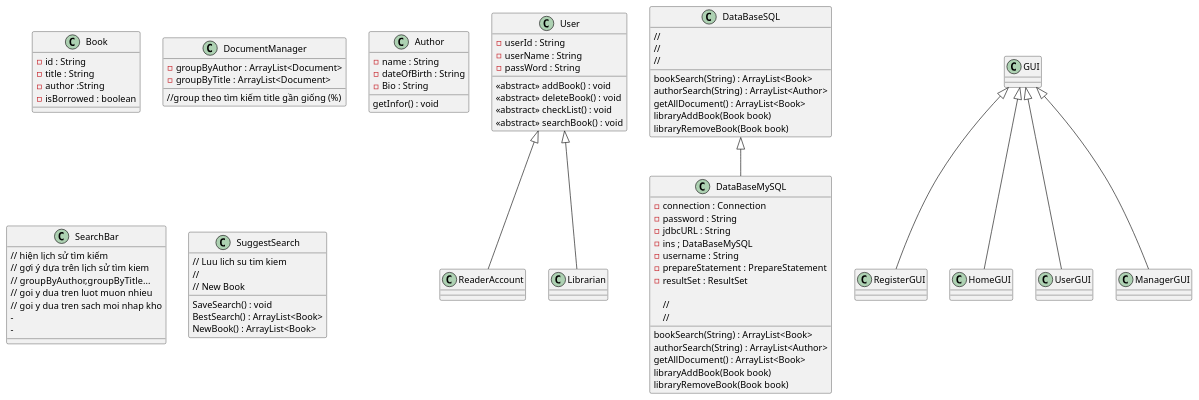
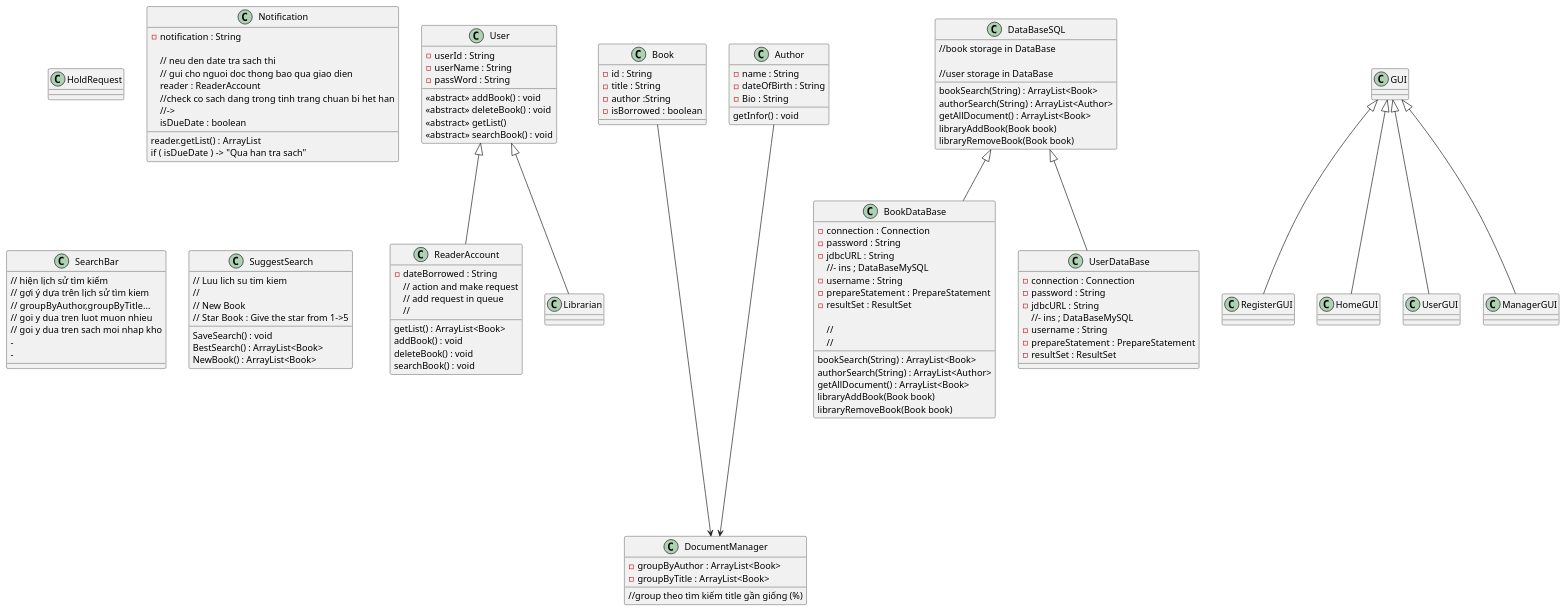
The diagram in UML.puml (wind5293/Library_management), drawn with PlantUML before and after one commit.

Commit message:
Merge remote-tracking branch 'origin/main'

```diff
--- a/UML.puml
+++ b/UML.puml
@@ -1,95 +1,141 @@
 @startuml
 'https://plantuml.com/sequence-diagram
 
 class User {
  - userId : String
  - userName : String
  - passWord : String
  <<abstract>> addBook() : void
  <<abstract>> deleteBook() : void
- <<abstract>> checkList() : void
+ <<abstract>> getList()
  <<abstract>> searchBook() : void
 }
+
 class ReaderAccount extends User {
-
+    - dateBorrowed : String
+    // action and make request
+    // add request in queue
+    //
+    getList() : ArrayList<Book>
+    addBook() : void
+    deleteBook() : void
+    searchBook() : void
 }
 class Librarian extends User {
 
+}
+
+class HoldRequest {
+
+}
+
+class Notification {
+
+    - notification : String
+
+    // neu den date tra sach thi
+    // gui cho nguoi doc thong bao qua giao dien
+    reader : ReaderAccount
+    reader.getList() : ArrayList
+    //check co sach dang trong tinh trang chuan bi het han
+    //->
+    isDueDate : boolean
+    if ( isDueDate ) -> "Qua han tra sach"
 }
 
 class Book {
   - id : String
   - title : String
   - author :String
   - isBorrowed : boolean
 }
 
 class DocumentManager {
-    - groupByAuthor : ArrayList<Document>
-    - groupByTitle : ArrayList<Document>
+    - groupByAuthor : ArrayList<Book>
+    - groupByTitle : ArrayList<Book>
     //group theo tìm kiếm title gần giống (%)
 }
 
 class Author {
     - name : String
     - dateOfBirth : String
     - Bio : String
     getInfor() : void
 }
 
+Author----->DocumentManager
+Book-----> DocumentManager
+
 class DataBaseSQL {
-     //
+
+     //book storage in DataBase
      bookSearch(String) : ArrayList<Book>
      authorSearch(String) : ArrayList<Author>
-     //
      getAllDocument() : ArrayList<Book>
-     //
      libraryAddBook(Book book)
      libraryRemoveBook(Book book)
+
+     //user storage in DataBase
+
 }
 
-class DataBaseMySQL extends DataBaseSQL {
+class BookDataBase extends DataBaseSQL {
     - connection : Connection
     - password : String
     - jdbcURL : String
-    - ins ; DataBaseMySQL
+    //- ins ; DataBaseMySQL
     - username : String
     - prepareStatement : PrepareStatement
     - resultSet : ResultSet
 
     bookSearch(String) : ArrayList<Book>
     authorSearch(String) : ArrayList<Author>
     //
     getAllDocument() : ArrayList<Book>
     //
     libraryAddBook(Book book)
     libraryRemoveBook(Book book)
 
 }
 
+class UserDataBase extends DataBaseSQL {
+    - connection : Connection
+    - password : String
+    - jdbcURL : String
+        //- ins ; DataBaseMySQL
+    - username : String
+    - prepareStatement : PrepareStatement
+    - resultSet : ResultSet
+
+
+}
 class SearchBar {
     // hiện lịch sử tìm kiếm
     // gợi ý dựa trên lịch sử tìm kiem
     // groupByAuthor,groupByTitle...
     // goi y dua tren luot muon nhieu
     // goi y dua tren sach moi nhap kho
     -
     -
 }
 
 class SuggestSearch {
     // Luu lich su tim kiem
     SaveSearch() : void
     //
     BestSearch() : ArrayList<Book>
     // New Book
     NewBook() : ArrayList<Book>
+    // Star Book : Give the star from 1->5
+
 }
 
 class GUI {}
-class RegisterGUI extends GUI{}
-class HomeGUI extends GUI{}
-class UserGUI extends GUI{}
-class ManagerGUI extends GUI{}
+class RegisterGUI extends GUI {
+}
+class HomeGUI extends GUI {}
+class UserGUI extends GUI {}
+class ManagerGUI extends GUI {}
+
 
 @enduml
```
